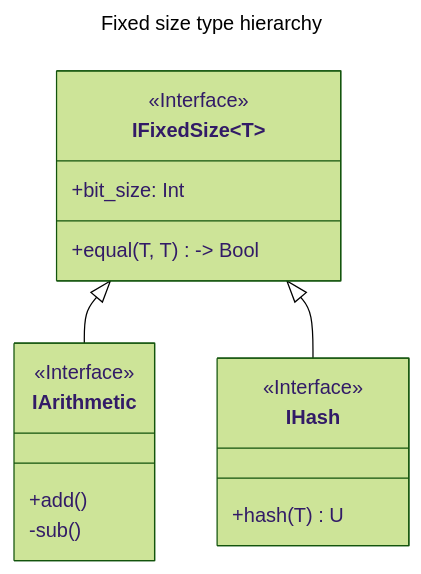
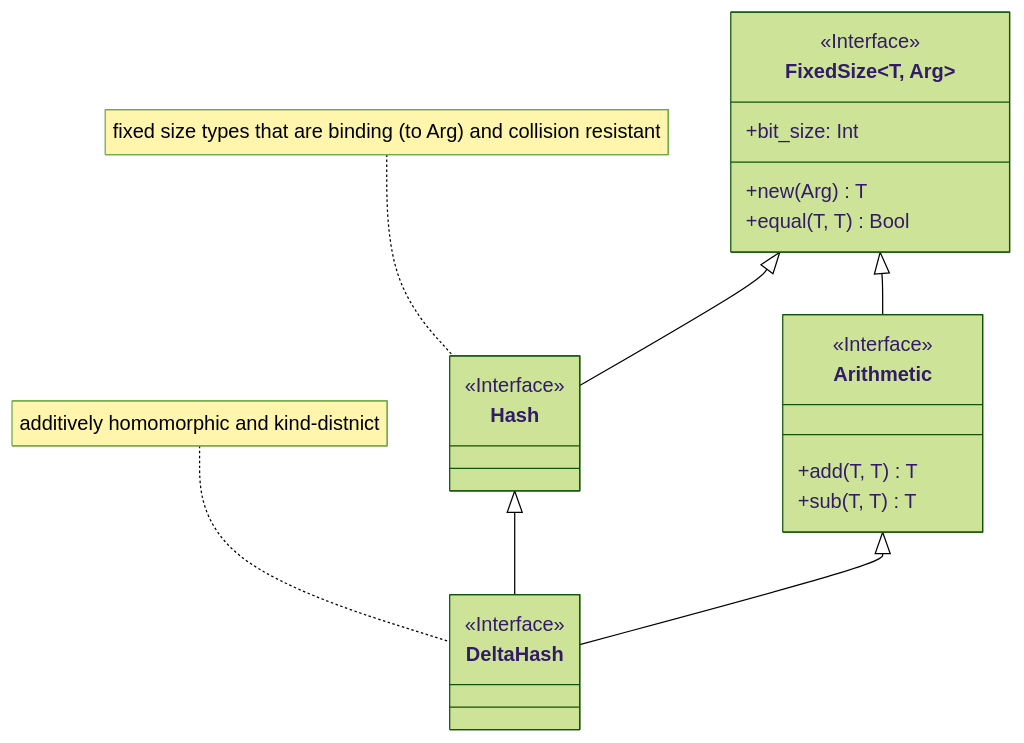
Before and after one commit to anoma/nspec: the diagram in docs/system_architecture/state/resource_machine/primitive_interfaces/fixed_size_type/fixed_size_type.md, drawn with Mermaid (forest theme). The commit also changed other lines of this file and 10 other files, not shown here.

````diff
--- a/docs/system_architecture/state/resource_machine/primitive_interfaces/fixed_size_type/fixed_size_type.md
+++ b/docs/system_architecture/state/resource_machine/primitive_interfaces/fixed_size_type/fixed_size_type.md
@@ -10,26 +9,34 @@
 ``` mermaid
----
-title: Fixed size type hierarchy
----
 
 classDiagram
-    class IFixedSize~T~ {
+    class FixedSize~T, Arg~ {
          <<Interface>>
          +bit_size: Int
-         +equal(T, T) -> Bool
+         +new(Arg) T
+         +equal(T, T) Bool
     }
 
-    IFixedSize <|-- IArithmetic
-    IFixedSize <|-- IHash
+    FixedSize <|-- Arithmetic
+    FixedSize <|-- Hash
 
-    class IHash~T, U~ {
+
+    note for Hash "fixed size types that are binding (to Arg) and collision resistant"
+    class Hash~T, Arg~ {
         <<Interface>>
-        +hash(T) U
     }
 
-    class IArithmetic~T, U~ {
+    class Arithmetic~T, Arg~ {
         <<Interface>>
-        +add()
-        -sub()
+        +add(T, T) T
+        +sub(T, T) T
     }
+
+    Hash <|-- DeltaHash
+    Arithmetic <|-- DeltaHash
+
+    note for DeltaHash "additively homomorphic and kind-distnict"
+    class DeltaHash {
+        <<Interface>>
+    }
+
 ```
````
